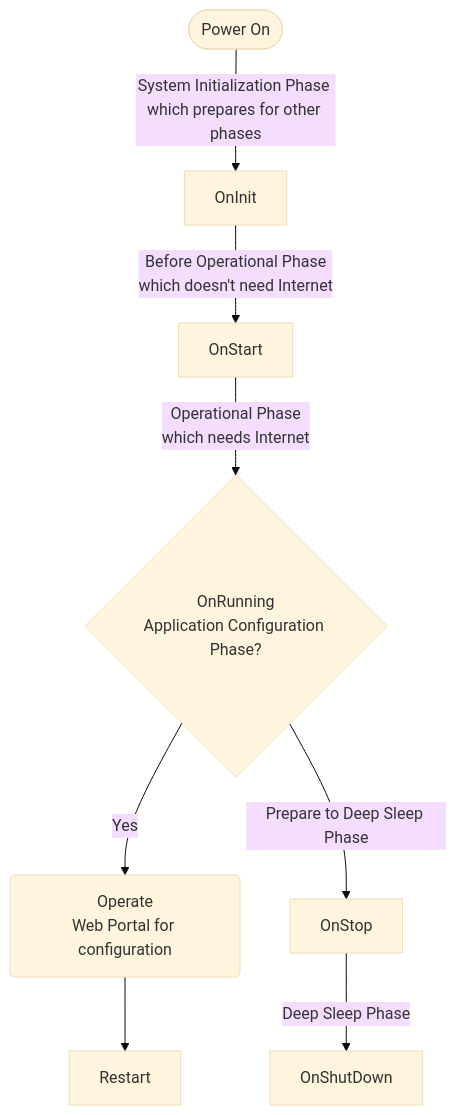
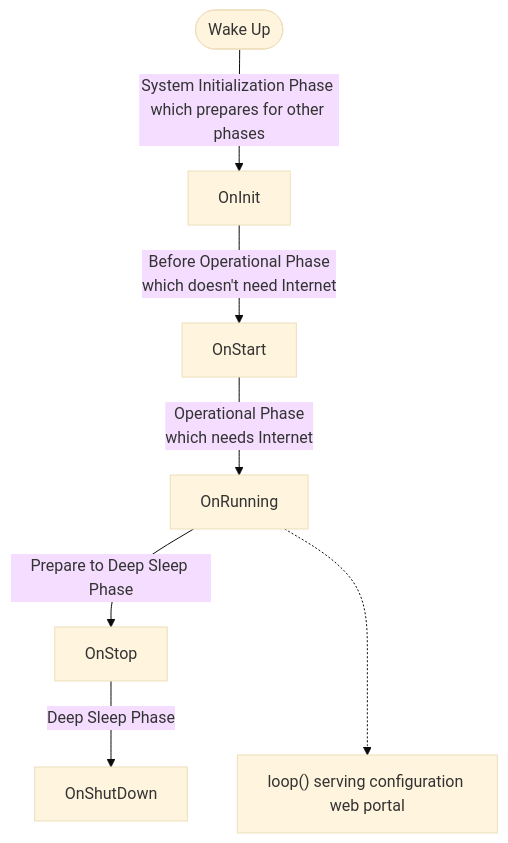
Before and after one commit to gogo-boot/e-board: the diagram in docs/developer-guide/boot-process.md, drawn with Mermaid (base theme). The commit also changed other lines of this file and 18 other files, not shown here.

````diff
--- a/docs/developer-guide/boot-process.md
+++ b/docs/developer-guide/boot-process.md
@@ -8,10 +8,10 @@
 ```mermaid
 flowchart TD
-    Start([Power On]) -->|System Initialization Phase <br/>which prepares for other phases| OnInit
+    Start([Wake Up]) -->|System Initialization Phase <br/>which prepares for other phases| OnInit
     OnInit -->|Before Operational Phase <br/> which doesn't need Internet| OnStart
-    OnStart -->|Operational Phase <br/> which needs Internet| OnRunning{OnRunning<br/>Application Configuration Phase?}
-    OnRunning -->|Yes| loop(Operate<br/>Web Portal for configuration)
-    loop --> Restart
+    OnStart -->|Operational Phase <br/> which needs Internet| OnRunning
     OnRunning -->|Prepare to Deep Sleep Phase| OnStop
     OnStop -->|Deep Sleep Phase| OnShutDown
+    OnRunning -..-> loop
+    loop["loop() serving configuration web portal"]
 ```
````
